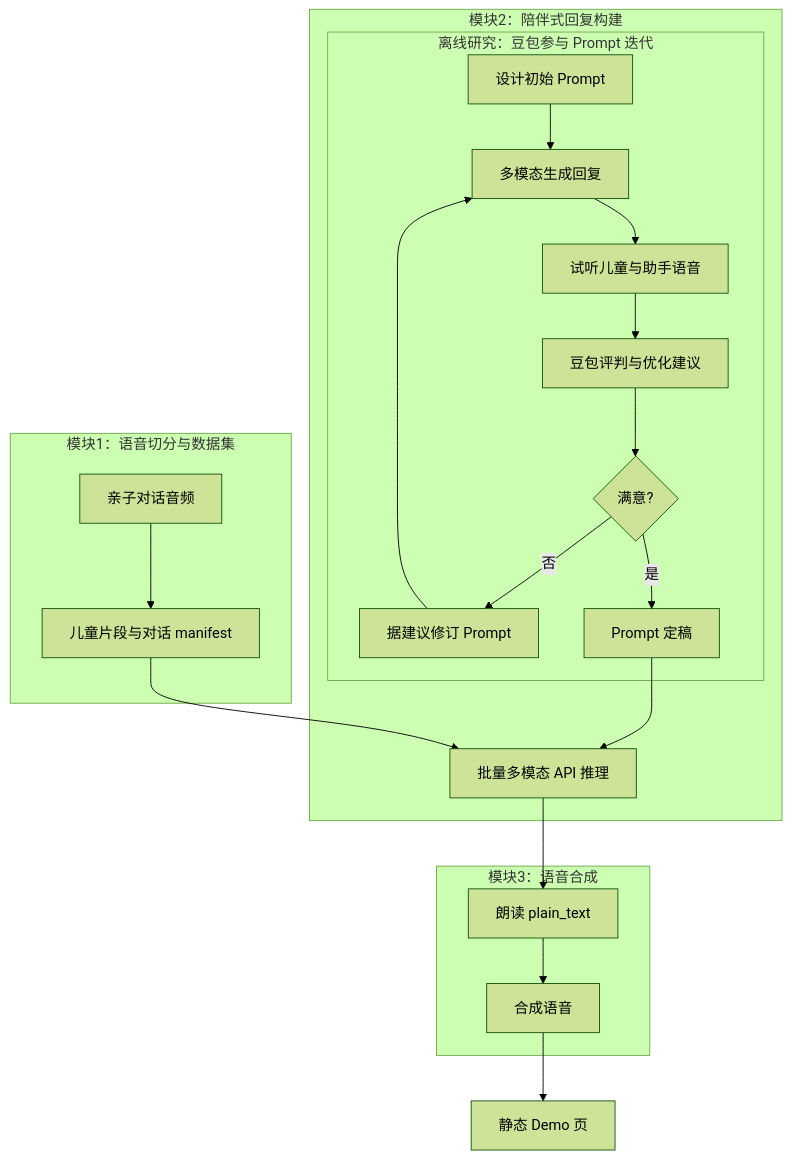
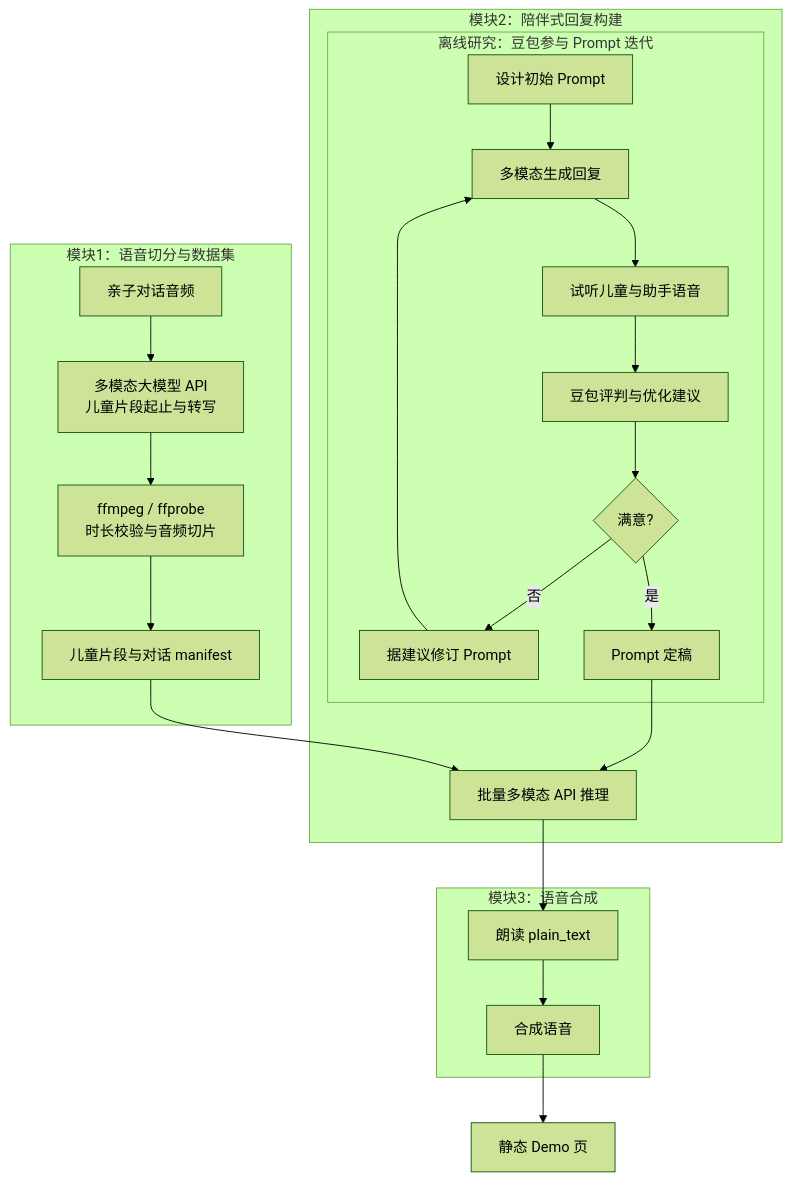
Before and after one commit to auto-chao/Children-Companion-Scenario-Pipeline: the diagram in README.md, drawn with Mermaid (forest theme). The commit also changed other lines of this file and 78 other files, not shown here.

````diff
--- a/README.md
+++ b/README.md
@@ -106,28 +44,29 @@
 ```mermaid
 flowchart TB
   subgraph mod_seg [模块1：语音切分与数据集]
-    s1[亲子对话音频] --> s2[儿童片段与对话 manifest]
+    s1[亲子对话音频] --> llm[多模态大模型 API<br/>儿童片段起止与转写]
+    llm --> ff[ffmpeg / ffprobe<br/>时长校验与音频切片]
+    ff --> s2[儿童片段与对话 manifest]
   end
 
   subgraph mod_resp [模块2：陪伴式回复构建]
     subgraph loop_doubao [离线研究：豆包参与 Prompt 迭代]
       r1[设计初始 Prompt] --> r2[多模态生成回复]
       r2 --> r3[试听儿童与助手语音]
       r3 --> r4[豆包评判与优化建议]
       r4 --> r5{满意?}
       r5 -->|否| r6[据建议修订 Prompt]
       r6 --> r2
       r5 -->|是| r7[Prompt 定稿]
     end
     r7 --> r8[批量多模态 API 推理]
   end
 
   subgraph mod_tts [模块3：语音合成]
     t1[朗读 plain_text] --> t2[合成语音]
   end
 
   s2 --> r8
   r8 --> t1
   t2 --> d1[静态 Demo 页]
-
 ```
````
